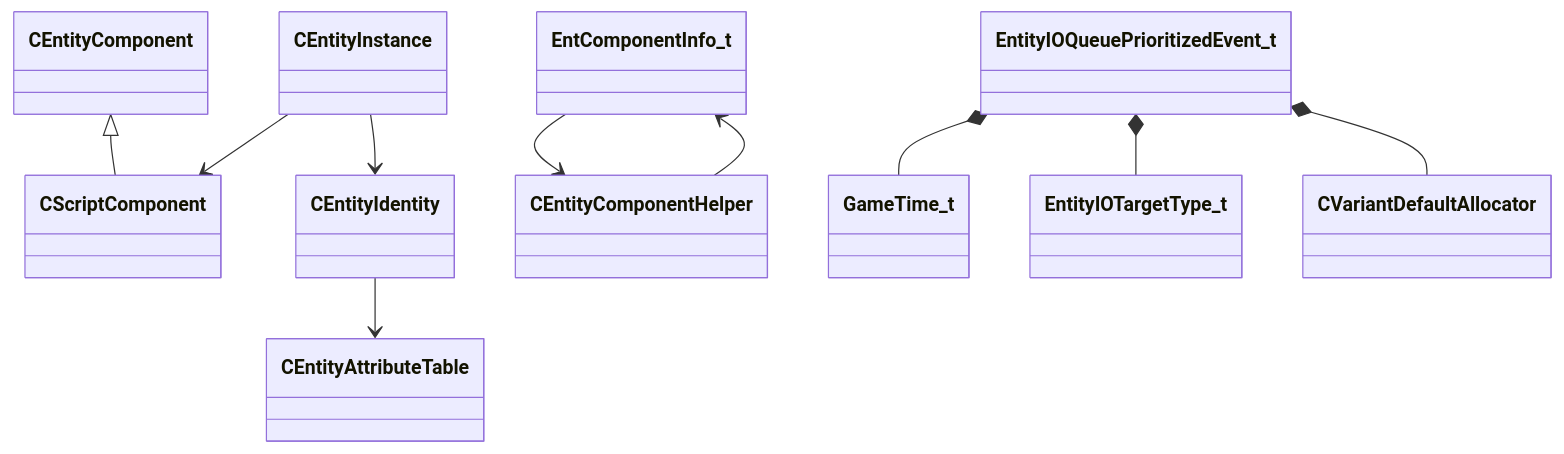
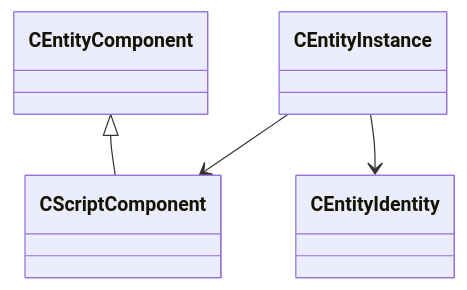
One commit to CS2OpenDev/CS2OpenDev-Docs changed the diagram in docs/generated/diagrams/entity2.md. Above: the diagram before and after it, drawn with Mermaid. The commit also changed 140 other files, not shown here.

First line of the commit message:
wip: SchemaTracker migration, Schema Lens spec, and coverage-gap analysis

````diff
--- a/docs/generated/diagrams/entity2.md
+++ b/docs/generated/diagrams/entity2.md
@@ -14,12 +14,6 @@
 ```mermaid
 classDiagram
     CEntityComponent <|-- CScriptComponent
-    CEntityIdentity --> CEntityAttributeTable
     CEntityInstance --> CEntityIdentity
     CEntityInstance --> CScriptComponent
-    EntComponentInfo_t --> CEntityComponentHelper
-    EntityIOQueuePrioritizedEvent_t *-- GameTime_t
-    EntityIOQueuePrioritizedEvent_t *-- EntityIOTargetType_t
-    EntityIOQueuePrioritizedEvent_t *-- CVariantDefaultAllocator
-    CEntityComponentHelper --> EntComponentInfo_t
 ```
````
